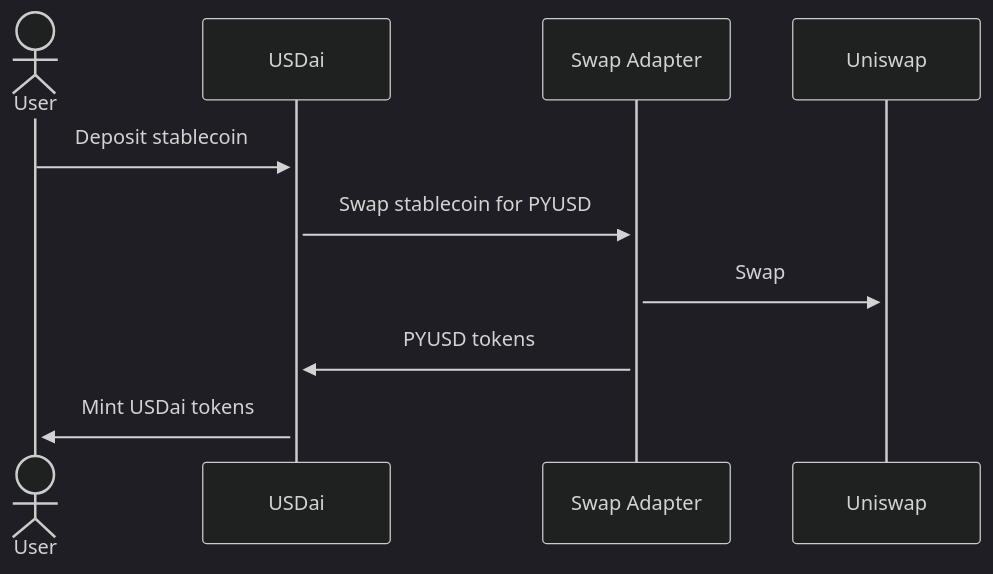
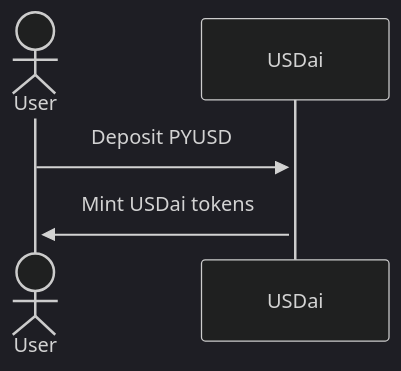
Before and after one commit to usdai-foundation/usdai-contracts: the first of 9 diagrams in docs/DESIGN.md, drawn with Mermaid (dark theme). The commit also changed other lines of this file and 33 other files, not shown here.

Commit message:
src: remove swap adapters from USDai

````diff
--- a/docs/DESIGN.md
+++ b/docs/DESIGN.md
@@ -34,9 +28,6 @@
 ```mermaid
 sequenceDiagram
     actor User
-    User->>+USDai: Deposit stablecoin
-    USDai->>+Swap Adapter: Swap stablecoin for PYUSD
-    Swap Adapter->>+Uniswap: Swap
-    Swap Adapter->>+USDai: PYUSD tokens
+    User->>+USDai: Deposit PYUSD
     USDai->>+User: Mint USDai tokens
 ```
````
